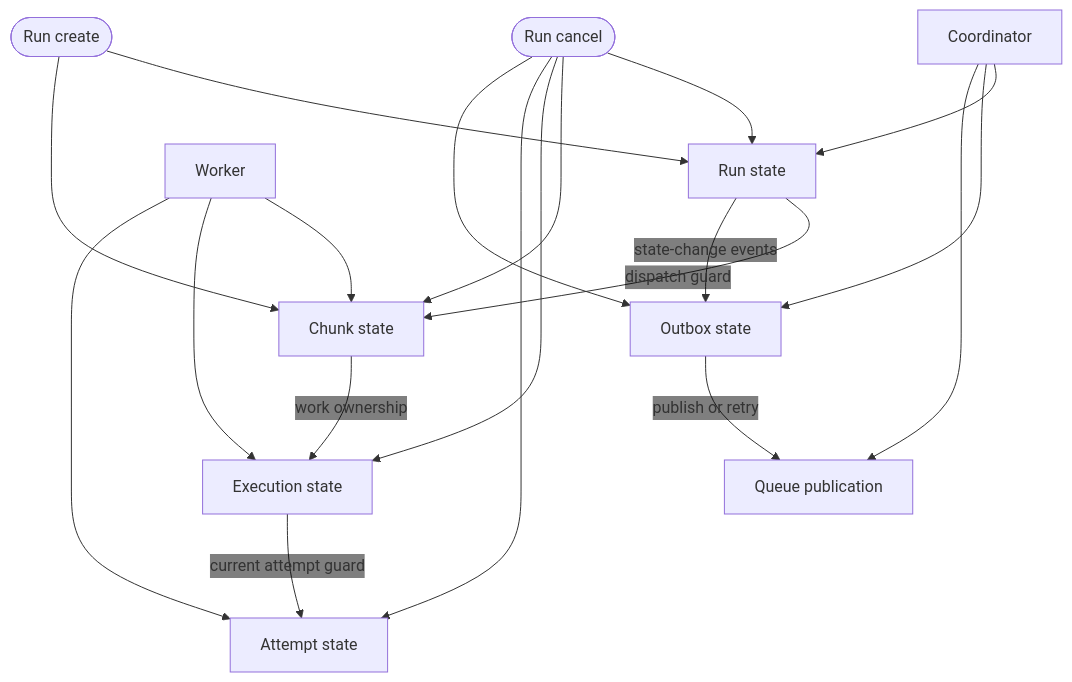
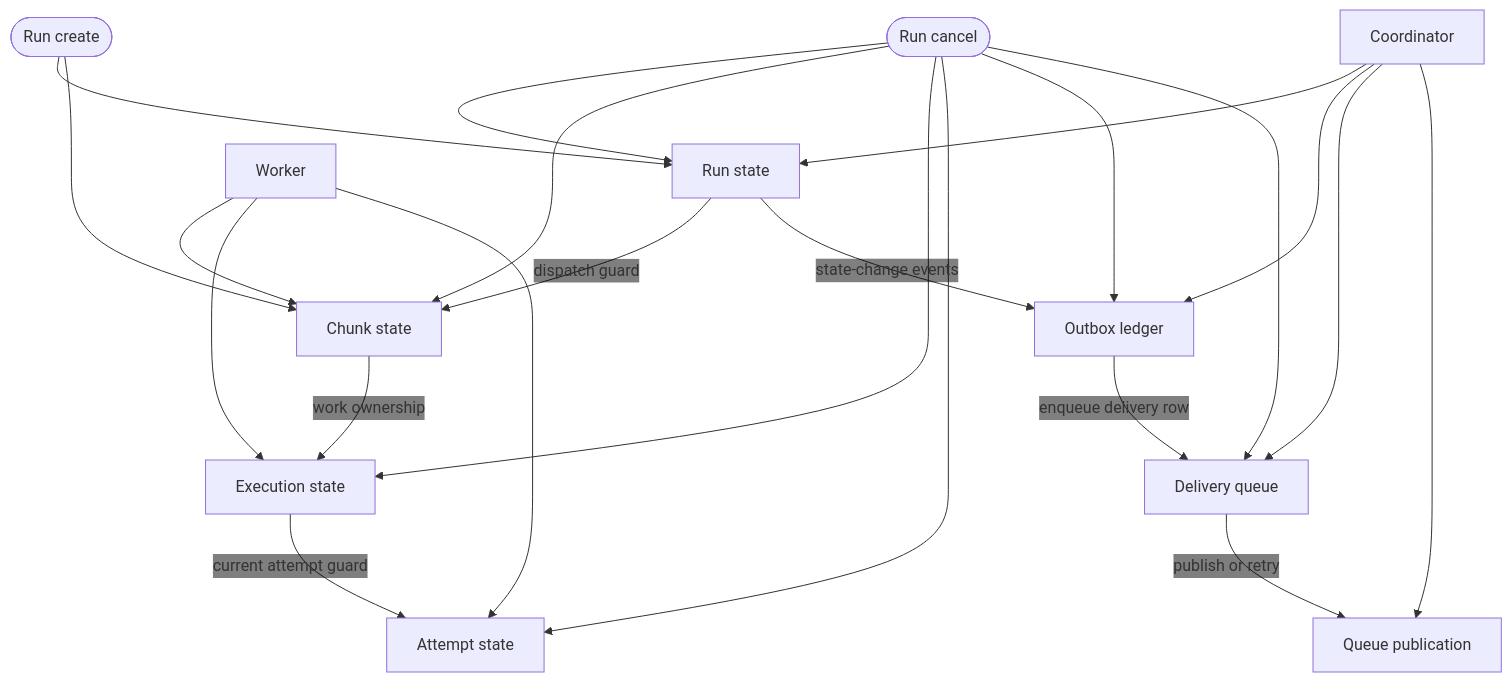
Before and after one commit to gregl83/agent-vigilo: the diagram in web/docs/architecture/state/overview.mmd, drawn with Mermaid. The commit also changed 18 other files, not shown here.

First line of the commit message:
update event outbox to use archive and queue table

```diff
--- a/web/docs/architecture/state/overview.mmd
+++ b/web/docs/architecture/state/overview.mmd
@@ -1,48 +1,52 @@
 ---
 config:
   flowchart:
     nodeSpacing: 150
     rankSpacing: 80
   themeVariables:
     edgeLabelBackground: 'transparent'
 ---
 flowchart TD
     Run[Run state]
     Chunk[Chunk state]
     Execution[Execution state]
     Attempt[Attempt state]
-    Outbox[Outbox state]
+    Outbox[Outbox ledger]
+    Delivery[Delivery queue]
 
     Create([Run create])
     Coordinator[Coordinator]
     Worker[Worker]
     Cancel([Run cancel])
     Queue[Queue publication]
 
     Create --> Run
     Create --> Chunk
 
     Coordinator --> Run
     Coordinator --> Outbox
+    Coordinator --> Delivery
     Coordinator --> Queue
 
     Worker --> Chunk
     Worker --> Execution
     Worker --> Attempt
 
     Cancel --> Run
     Cancel --> Chunk
     Cancel --> Execution
     Cancel --> Attempt
     Cancel --> Outbox
+    Cancel --> Delivery
 
     Run -->|dispatch guard| Chunk
     Chunk -->|work ownership| Execution
     Execution -->|current attempt guard| Attempt
     Run -->|state-change events| Outbox
-    Outbox -->|publish or retry| Queue
+    Outbox -->|enqueue delivery row| Delivery
+    Delivery -->|publish or retry| Queue
 
     class Create,Cancel command
     class Coordinator,Worker system
-    class Run,Chunk,Execution,Attempt,Outbox component
+    class Run,Chunk,Execution,Attempt,Outbox,Delivery component
     class Queue external
```
